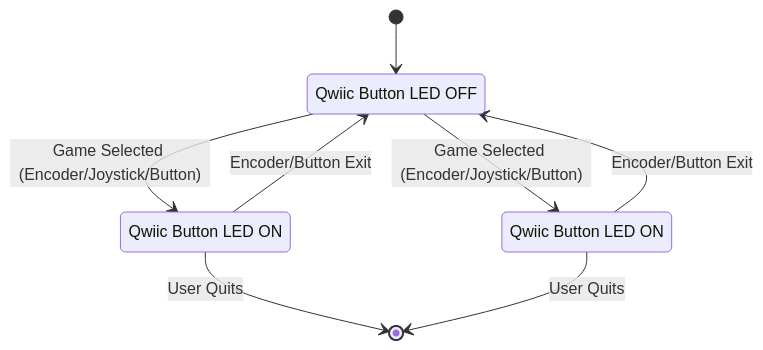
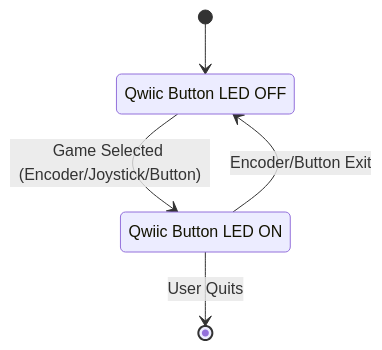
Before and after one commit to ji227/Jesse-Iriah-s-Lab-Hub: the diagram in Lab 4/README.md, drawn with Mermaid.

````diff
--- a/Lab 4/README.md
+++ b/Lab 4/README.md
@@ -180,18 +180,14 @@
 ```mermaid
 stateDiagram-v2
+
 [*] --> MENU
 
-MENU: Qwiic Button LED OFF
+    MENU: Qwiic Button LED OFF
 
-MENU --> GEOMETRY_RUNNER: Game Selected (Encoder/Joystick/Button)
-MENU --> MAZE_GAME: Game Selected (Encoder/Joystick/Button)
+    MENU --> GAME_ACTIVE: Game Selected (Encoder/Joystick/Button)
 
-GEOMETRY_RUNNER: Qwiic Button LED ON
-MAZE_GAME: Qwiic Button LED ON
+    GAME_ACTIVE: Qwiic Button LED ON
 
-GEOMETRY_RUNNER --> MENU: Encoder/Button Exit
-MAZE_GAME --> MENU: Encoder/Button Exit
-
-GEOMETRY_RUNNER --> [*]: User Quits
-MAZE_GAME --> [*]: User Quits
+    GAME_ACTIVE --> MENU: Encoder/Button Exit
+    GAME_ACTIVE --> [*]: User Quits
 ```
````
